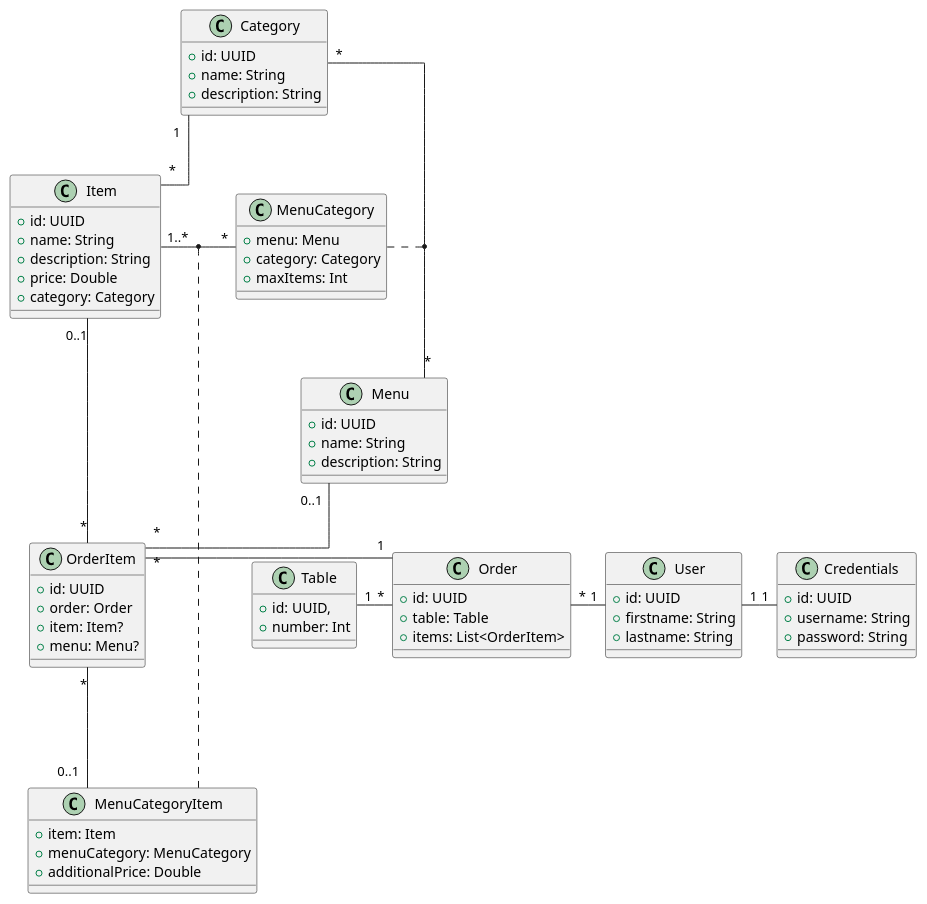
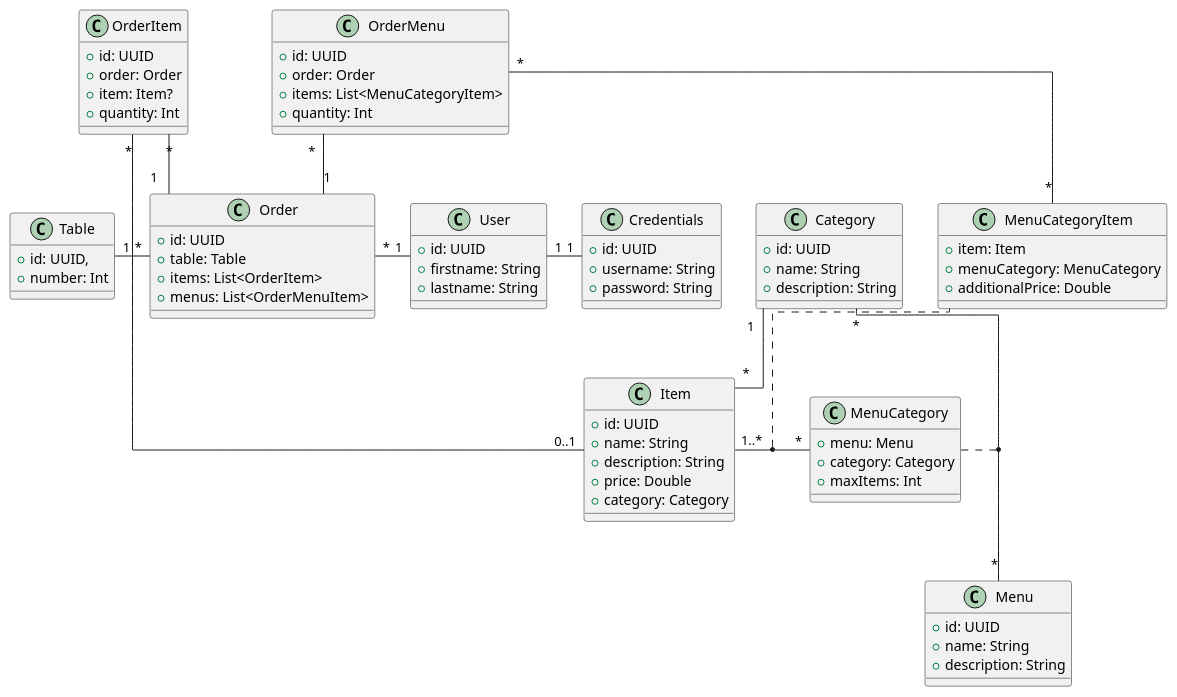
One commit to n-apos/resto changed the diagram in doc/src/resto-classes.puml. Above: the diagram before and after it, drawn with PlantUML. The commit also changed 37 other files, not shown here.

```diff
--- a/doc/src/resto-classes.puml
+++ b/doc/src/resto-classes.puml
@@ -1,99 +1,107 @@
 @startuml
 'https://plantuml.com/class-diagram
 
 skinparam linetype ortho
 
 ' Classes
 ' =======
 
 class Item {
     + id: UUID
     + name: String
     + description: String
     + price: Double
     + category: Category
 }
 
 class Category {
     + id: UUID
     + name: String
     + description: String
 }
 
 class Menu {
     + id: UUID
     + name: String
     + description: String
 }
 
 class MenuCategory {
     + menu: Menu
     + category: Category
     + maxItems: Int
 }
 
 class MenuCategoryItem {
     + item: Item
     + menuCategory: MenuCategory
     + additionalPrice: Double
 }
 
 class Order {
     + id: UUID
     + table: Table
     + items: List<OrderItem>
+    + menus: List<OrderMenuItem>
 }
 
 class OrderItem {
     + id: UUID
     + order: Order
     + item: Item?
-    + menu: Menu?
+    + quantity: Int
+}
+
+class OrderMenu {
+    + id: UUID
+    + order: Order
+    + items: List<MenuCategoryItem>
+    + quantity: Int
 }
 
 class User {
     + id: UUID
     + firstname: String
     + lastname: String
 }
 
 class Credentials {
     + id: UUID
     + username: String
     + password: String
 }
 
 class Table {
     + id: UUID,
     + number: Int
 }
 
 ' Relations
 ' =========
 
 
 Category "1" - "*" Item
 
 Category "*" -- "*" Menu
 
 MenuCategory ... (Category, Menu)
 
 Item "1..*" - "*" MenuCategory
 
 MenuCategoryItem ... (Item, MenuCategory)
 
-Menu "0..1" -- "*" OrderItem
-
 OrderItem "*" --- "0..1" Item
-
-OrderItem "*" --- "0..1" MenuCategoryItem
 
 Order "*" - "1" User
 
 OrderItem "*" - "1" Order
+
+OrderMenu "*" -- "1" Order
+
+OrderMenu "*" -- "*" MenuCategoryItem
 
 Table "1" - "*" Order
 
 User "1" - "1" Credentials
 
 @enduml
```
